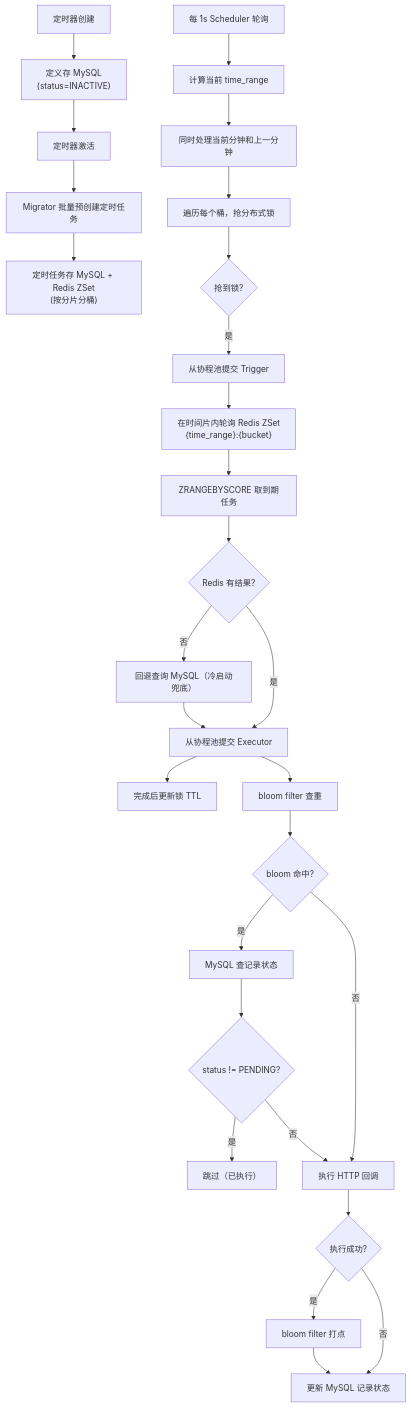
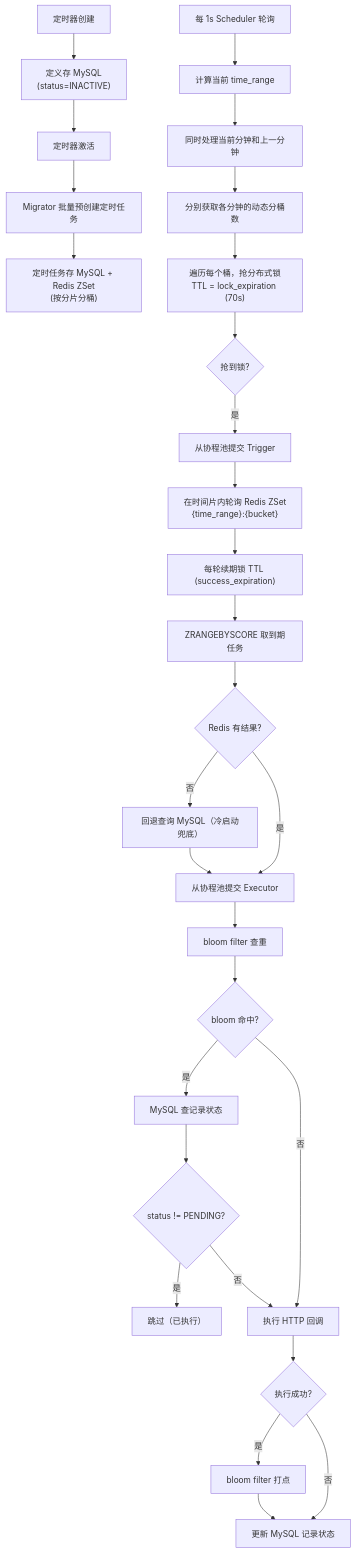
Before and after one commit to Pavio6/ChronoFlow: the second of 2 diagrams in README.md, drawn with Mermaid. The commit also changed other lines of this file and 17 other files, not shown here.

````diff
--- a/README.md
+++ b/README.md
@@ -69,33 +68,34 @@
 ```mermaid
 graph TD
     A["定时器创建"] --> B["定义存 MySQL<br/>(status=INACTIVE)"]
     B --> C["定时器激活"]
     C --> D["Migrator 批量预创建定时任务"]
     D --> E["定时任务存 MySQL + Redis ZSet<br/>(按分片分桶)"]
     
     F["每 1s Scheduler 轮询"] --> G["计算当前 time_range"]
     G --> G2["同时处理当前分钟和上一分钟"]
-    G2 --> H["遍历每个桶，抢分布式锁"]
+    G2 --> G3["分别获取各分钟的动态分桶数"]
+    G3 --> H["遍历每个桶，抢分布式锁<br/>TTL = lock_expiration (70s)"]
     H --> I{"抢到锁?"}
     I -->|是| J["从协程池提交 Trigger"]
     
     J --> K["在时间片内轮询 Redis ZSet<br/>{time_range}:{bucket}"]
-    K --> L["ZRANGEBYSCORE 取到期任务"]
+    K --> K2["每轮续期锁 TTL (success_expiration)"]
+    K2 --> L["ZRANGEBYSCORE 取到期任务"]
     L --> L2{"Redis 有结果?"}
     L2 -->|否| L3["回退查询 MySQL（冷启动兜底）"]
     L3 --> M
     L2 -->|是| M["从协程池提交 Executor"]
-    M --> N["完成后更新锁 TTL"]
     
     M --> O["bloom filter 查重"]
     O --> P{"bloom 命中?"}
     P -->|是| Q["MySQL 查记录状态"]
     Q --> R{"status != PENDING?"}
     R -->|是| S["跳过（已执行）"]
     P -->|否| T["执行 HTTP 回调"]
     R -->|否| T
     T --> U{"执行成功?"}
     U -->|是| W["bloom filter 打点"]
     W --> V["更新 MySQL 记录状态"]
     U -->|否| V
 ```
````
